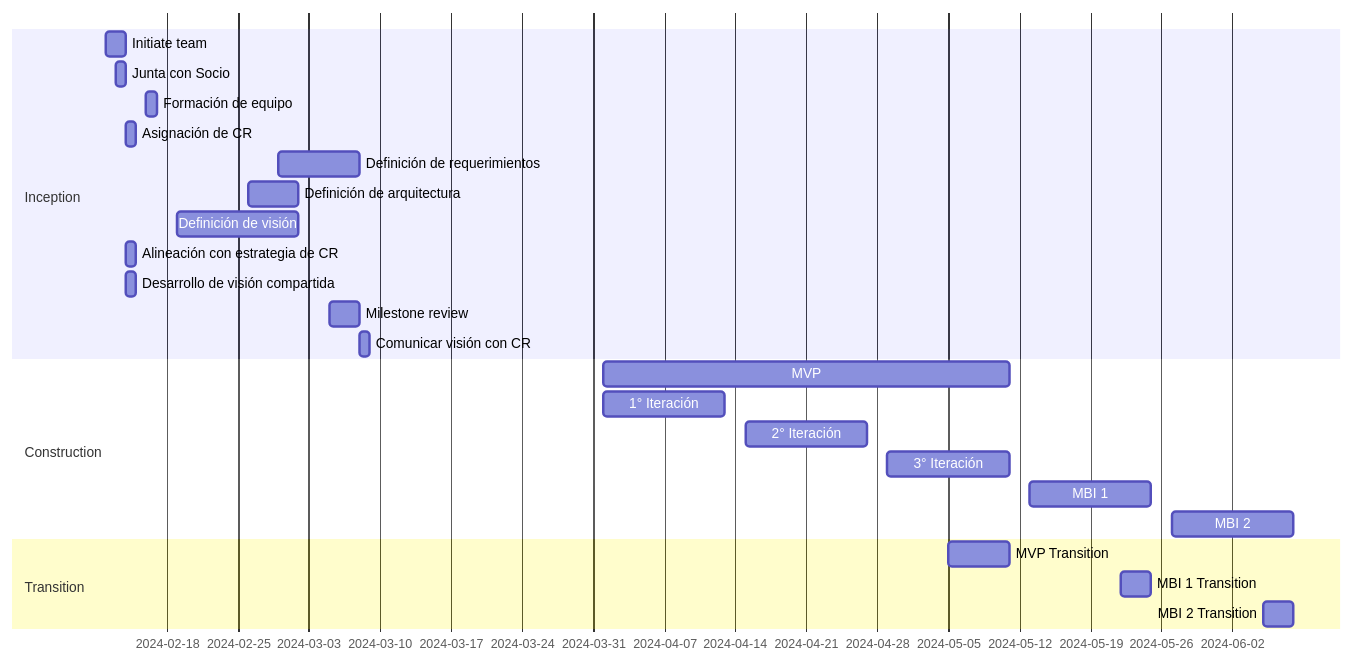
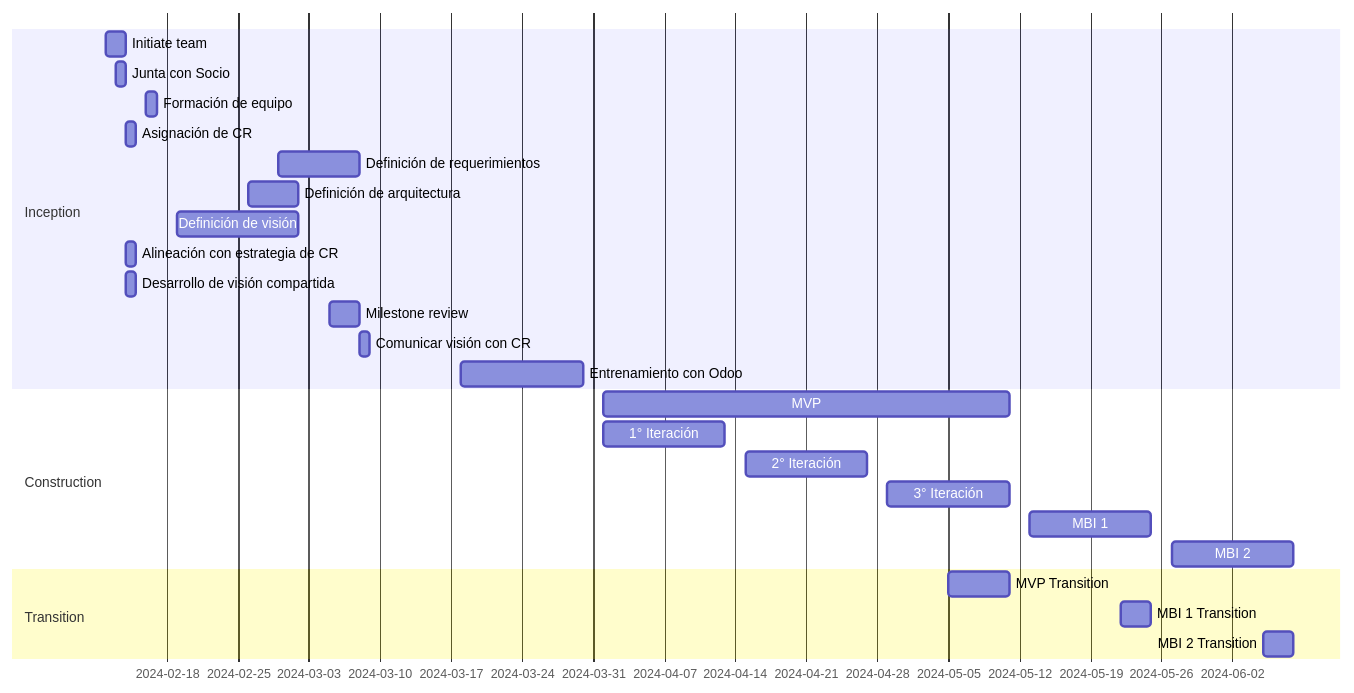
The diagram in docs/cr/vision-proyecto-cr.md (Black-Dot-2024/docs), drawn with Mermaid before and after one commit. The commit also changed other lines of this file, not shown here.

````diff
--- a/docs/cr/vision-proyecto-cr.md
+++ b/docs/cr/vision-proyecto-cr.md
@@ -83,28 +87,29 @@
 ```mermaid
 gantt
     dateFormat YYYY-MM-DD
     section Inception
         Initiate team   :2024-02-12, 2d
         Junta con Socio :2024-02-13, 1d
         Formación de equipo :2024-02-16, 1d
         Asignación de CR :2024-02-14, 1d
         Definición de requerimientos :2024-02-29, 8d
         Definición de arquitectura :2024-02-26, 5d
         Definición de visión :2024-02-19, 12d
         Alineación con estrategia de CR :2024-02-14, 1d
         Desarrollo de visión compartida :2024-02-14, 1d
         Milestone review :2024-03-5, 3d
         Comunicar visión con CR   :1d
+        Entrenamiento con Odoo :2024-03-18, 12d
     section Construction
         MVP :2024-04-1, 40d
         1° Iteración :2024-04-1, 12d
         2° Iteración :2024-04-15, 12d
         3° Iteración :2024-04-29, 12d
         MBI 1 :2024-05-13, 12d
         MBI 2 :2024-05-27, 12d
     section Transition
         MVP Transition :2024-05-5, 6d
         MBI 1 Transition :2024-05-22, 3d
         MBI 2 Transition :2024-06-5, 3d
 
 ```
````
